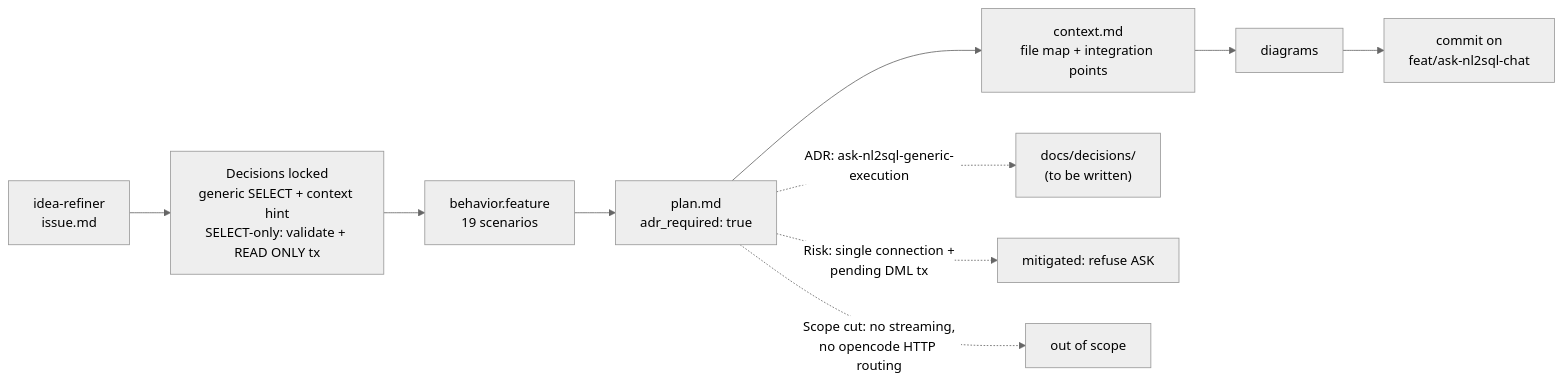
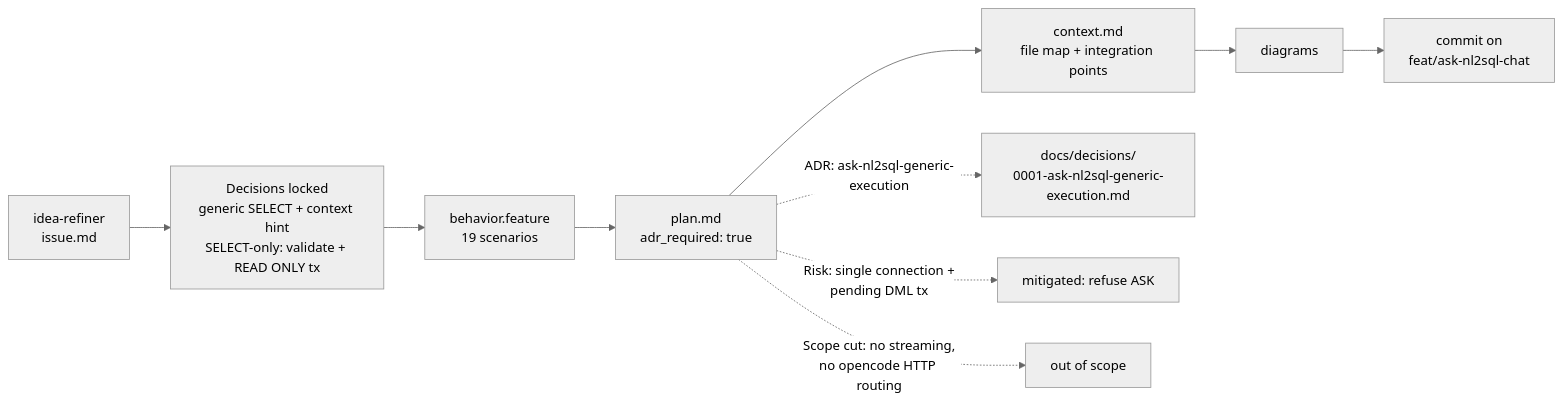
Before and after one commit to Sovengar/dbx: the diagram in docs/planning/0003-feature-ask-nl2sql-chat/diagrams/process-flow.md, drawn with Mermaid (neutral theme). The commit also changed 2 other files, not shown here.

Commit message:
docs(ask): add ADR for generic SELECT execution and READ ONLY enforcement

````diff
--- a/docs/planning/0003-feature-ask-nl2sql-chat/diagrams/process-flow.md
+++ b/docs/planning/0003-feature-ask-nl2sql-chat/diagrams/process-flow.md
@@ -3,13 +3,13 @@
 ```mermaid
 flowchart LR
     I["idea-refiner<br/>issue.md"] --> D["Decisions locked<br/>generic SELECT + context hint<br/>SELECT-only: validate + READ ONLY tx"]
     D --> B["behavior.feature<br/>19 scenarios"]
     B --> P["plan.md<br/>adr_required: true"]
     P --> C["context.md<br/>file map + integration points"]
     C --> G["diagrams"]
     G --> Z["commit on<br/>feat/ask-nl2sql-chat"]
 
-    P -. "ADR: ask-nl2sql-generic-execution" .-> ADR["docs/decisions/<br/>(to be written)"]
+    P -. "ADR: ask-nl2sql-generic-execution" .-> ADR["docs/decisions/<br/>0001-ask-nl2sql-generic-execution.md"]
     P -. "Risk: single connection +<br/>pending DML tx" .-> R["mitigated: refuse ASK"]
     P -. "Scope cut: no streaming,<br/>no opencode HTTP routing" .-> S["out of scope"]
 ```
````
